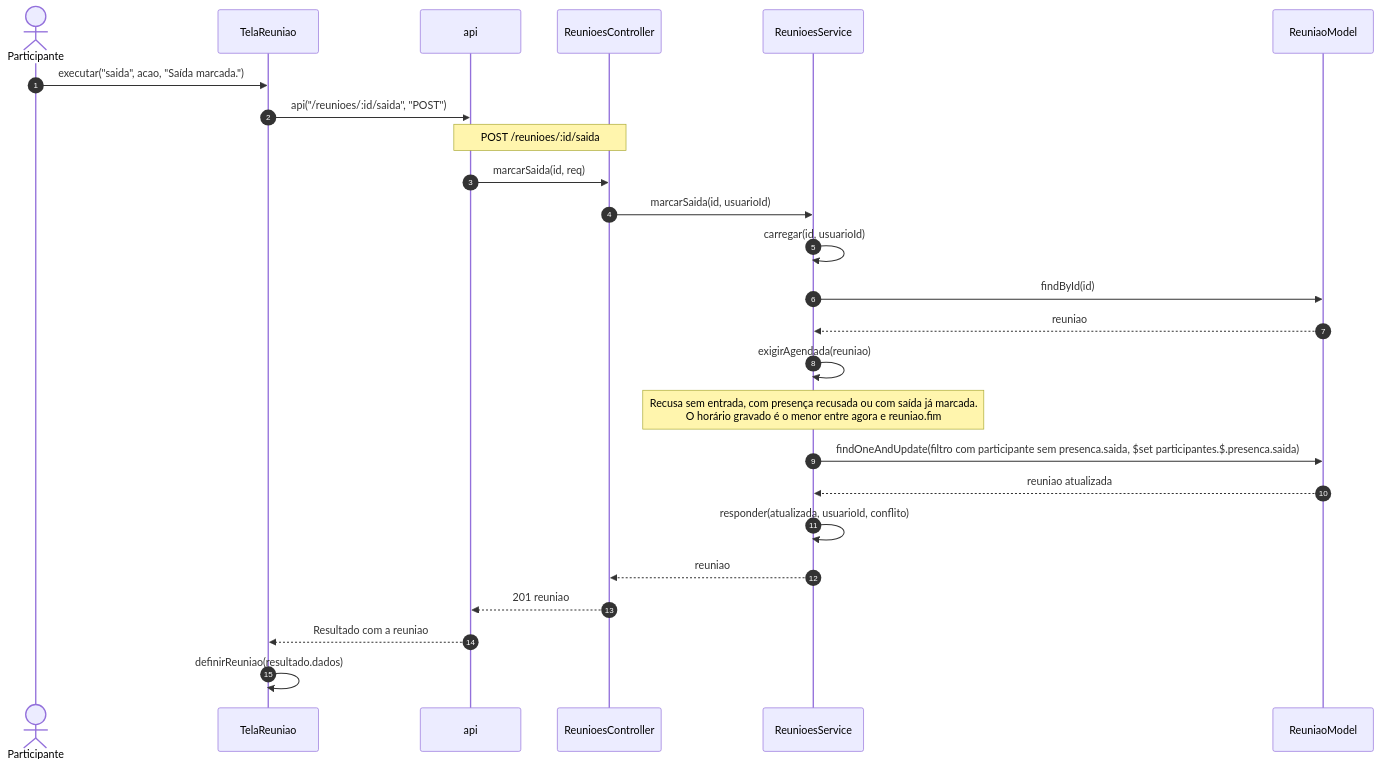
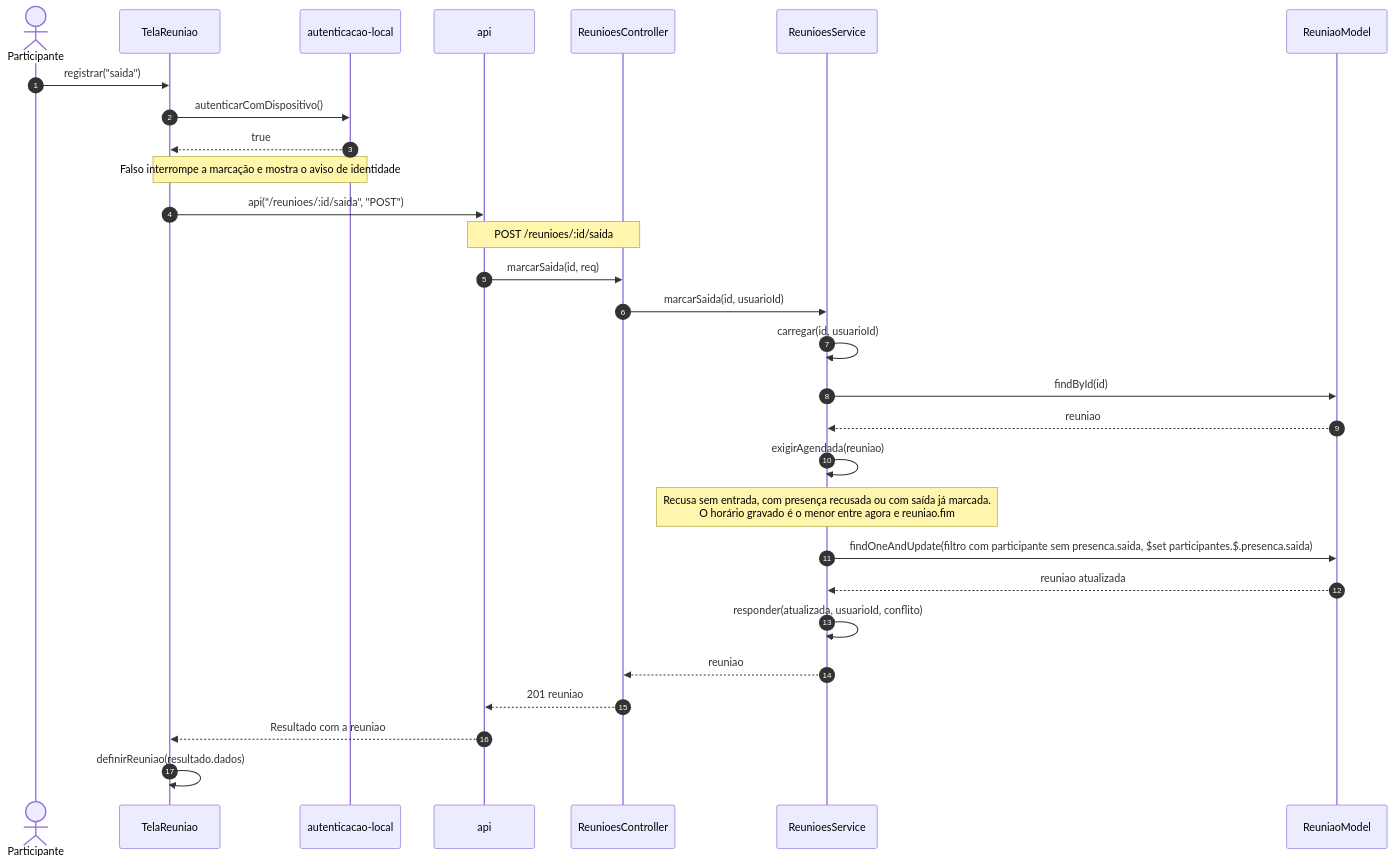
The seventh of 13 diagrams in 3 - Incremento2/reunioes/6 - diagramas-sequencia-reunioes.md (Conecta-IFSP/DOCUMENTATION), drawn with Mermaid before and after one commit. The commit also changed other lines of this file and 11 other files, not shown here.

````diff
--- a/3 - Incremento2/reunioes/6 - diagramas-sequencia-reunioes.md
+++ b/3 - Incremento2/reunioes/6 - diagramas-sequencia-reunioes.md
@@ -209,27 +221,31 @@
 ```mermaid
 sequenceDiagram
     autonumber
     actor U as Participante
     participant T as TelaReuniao
+    participant L as autenticacao-local
     participant A as api
     participant C as ReunioesController
     participant S as ReunioesService
     participant M as ReuniaoModel
-    U->>T: executar("saida", acao, "Saída marcada.")
+    U->>T: registrar("saida")
+    T->>L: autenticarComDispositivo()
+    L-->>T: true
+    Note over T,L: Falso interrompe a marcação e mostra o aviso de identidade
     T->>A: api("/reunioes/:id/saida", "POST")
     Note over A,C: POST /reunioes/:id/saida
     A->>C: marcarSaida(id, req)
     C->>S: marcarSaida(id, usuarioId)
     S->>S: carregar(id, usuarioId)
     S->>M: findById(id)
     M-->>S: reuniao
     S->>S: exigirAgendada(reuniao)
     Note over S: Recusa sem entrada, com presença recusada ou com saída já marcada.<br/>O horário gravado é o menor entre agora e reuniao.fim
     S->>M: findOneAndUpdate(filtro com participante sem presenca.saida, $set participantes.$.presenca.saida)
     M-->>S: reuniao atualizada
     S->>S: responder(atualizada, usuarioId, conflito)
     S-->>C: reuniao
     C-->>A: 201 reuniao
     A-->>T: Resultado com a reuniao
     T->>T: definirReuniao(resultado.dados)
 ```
````
